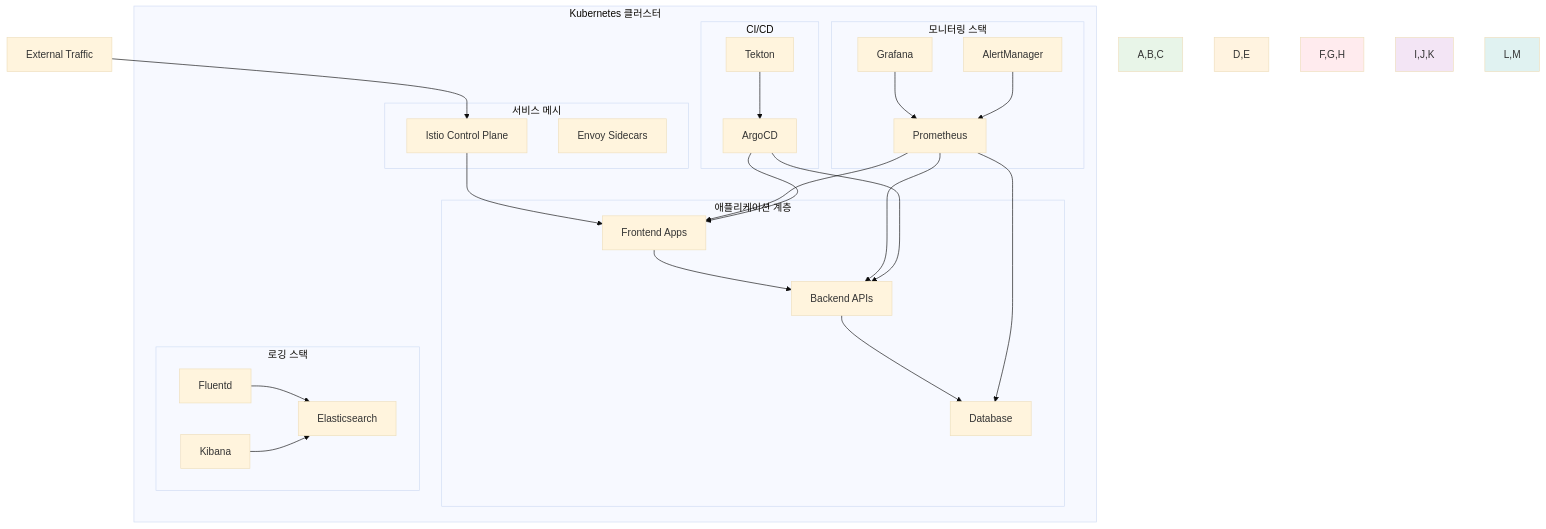
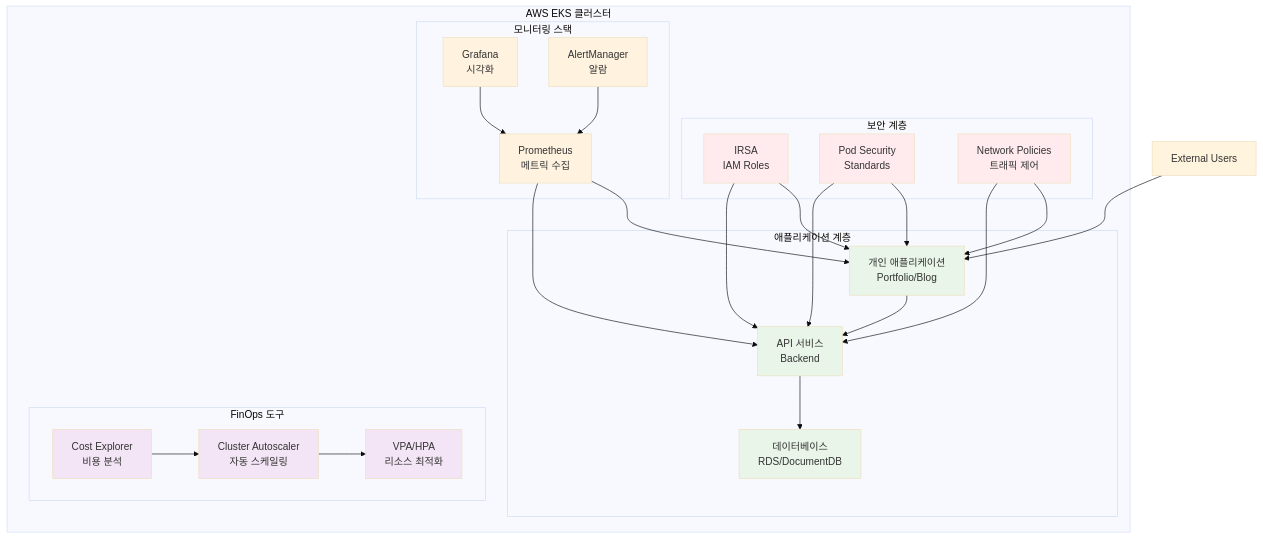
Before and after one commit to niceguy61/kdt_devops_lecture_2025: the first of 10 diagrams in theory/week_03/README.md, drawn with Mermaid (base theme). The commit also changed other lines of this file and 1 other file, not shown here.

````diff
--- a/theory/week_03/README.md
+++ b/theory/week_03/README.md
@@ -140,56 +136,60 @@
 ```mermaid
 graph TB
-    subgraph "Kubernetes 클러스터"
+    subgraph "AWS EKS 클러스터"
         subgraph "애플리케이션 계층"
-            A[Frontend Apps]
-            B[Backend APIs]
-            C[Database]
+            A[개인 애플리케이션<br/>Portfolio/Blog]
+            B[API 서비스<br/>Backend]
+            C[데이터베이스<br/>RDS/DocumentDB]
         end
         
-        subgraph "서비스 메시"
-            D[Istio Control Plane]
-            E[Envoy Sidecars]
+        subgraph "보안 계층"
+            D[IRSA<br/>IAM Roles]
+            E[Pod Security<br/>Standards]
+            F[Network Policies<br/>트래픽 제어]
         end
         
         subgraph "모니터링 스택"
-            F[Prometheus]
-            G[Grafana]
-            H[AlertManager]
+            G[Prometheus<br/>메트릭 수집]
+            H[Grafana<br/>시각화]
+            I[AlertManager<br/>알람]
         end
         
-        subgraph "로깅 스택"
-            I[Elasticsearch]
-            J[Fluentd]
-            K[Kibana]
-        end
-        
-        subgraph "CI/CD"
-            L[ArgoCD]
-            M[Tekton]
+        subgraph "FinOps 도구"
+            J[Cost Explorer<br/>비용 분석]
+            K[Cluster Autoscaler<br/>자동 스케일링]
+            L[VPA/HPA<br/>리소스 최적화]
         end
     end
     
-    N[External Traffic] --> D
-    D --> A
+    M[External Users] --> A
     A --> B
     B --> C
     
+    D --> A
+    D --> B
+    E --> A
+    E --> B
     F --> A
     F --> B
-    F --> C
-    G --> F
-    H --> F
     
-    J --> I
-    K --> I
+    G --> A
+    G --> B
+    H --> G
+    I --> G
     
-    L --> A
-    L --> B
-    M --> L
+    J --> K
+    K --> L
     
-    style A,B,C fill:#e8f5e8
-    style D,E fill:#fff3e0
-    style F,G,H fill:#ffebee
-    style I,J,K fill:#f3e5f5
-    style L,M fill:#e0f2f1
+    style A fill:#e8f5e8
+    style B fill:#e8f5e8
+    style C fill:#e8f5e8
+    style D fill:#ffebee
+    style E fill:#ffebee
+    style F fill:#ffebee
+    style G fill:#fff3e0
+    style H fill:#fff3e0
+    style I fill:#fff3e0
+    style J fill:#f3e5f5
+    style K fill:#f3e5f5
+    style L fill:#f3e5f5
 ```
````
